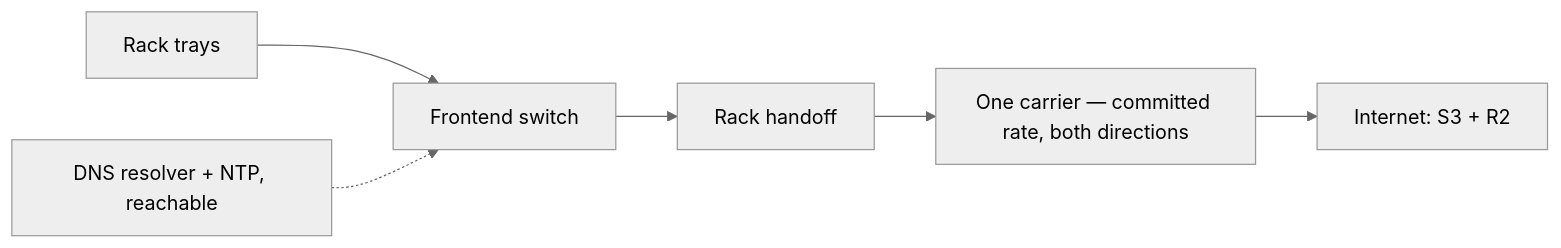
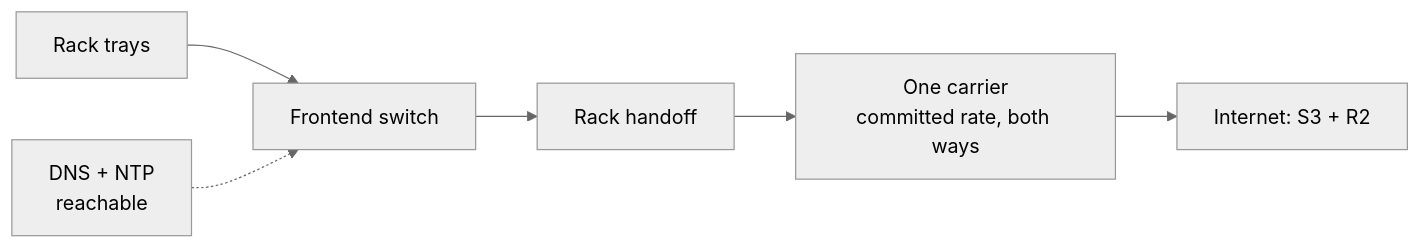
The third of 3 diagrams in docs/customer/datacenter-briefing.md (aviralmansingka/rack-bench), drawn with Mermaid (neutral theme) before and after one commit. The commit also changed other lines of this file and 6 other files, not shown here.

First line of the commit message:
docs(customer): redo mermaid diagrams to family style

````diff
--- a/docs/customer/datacenter-briefing.md
+++ b/docs/customer/datacenter-briefing.md
@@ -164,7 +170,7 @@
 ```mermaid
 flowchart LR
     T["Rack trays"] --> FS["Frontend switch"] --> HO["Rack handoff"]
-    HO --> C["One carrier — committed rate, both directions"]
+    HO --> C["One carrier<br/>committed rate, both ways"]
     C --> N["Internet: S3 + R2"]
-    S["DNS resolver + NTP, reachable"] -.-> FS
+    S["DNS + NTP<br/>reachable"] -.-> FS
 ```
````
